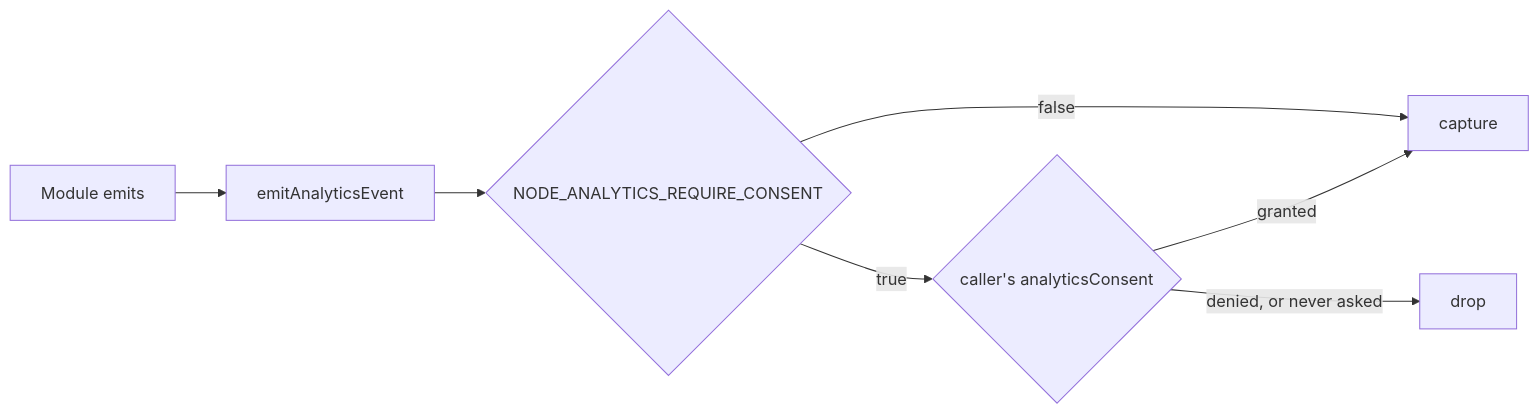
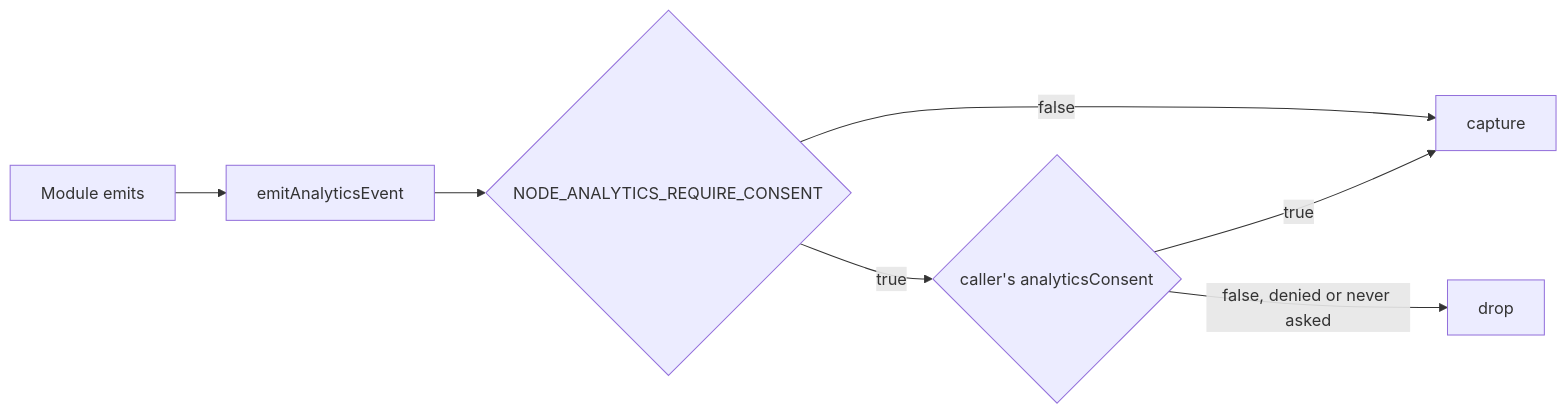
One commit to Guebbit/boilerplate-node-backend changed the second of 2 diagrams in docs/tools/analytics.md. Above: the diagram before and after it, drawn with Mermaid. The commit also changed other lines of this file and 21 other files, not shown here.

````diff
--- a/docs/tools/analytics.md
+++ b/docs/tools/analytics.md
@@ -70,9 +70,9 @@
 ```mermaid
 flowchart LR
     A[Module emits] --> B[emitAnalyticsEvent]
     B --> C{"NODE_ANALYTICS_REQUIRE_CONSENT"}
     C -->|false| G[capture]
     C -->|true| D{"caller's analyticsConsent"}
-    D -->|granted| G
-    D -->|denied, or never asked| H[drop]
+    D -->|true| G
+    D -->|false, denied or never asked| H[drop]
 ```
````
